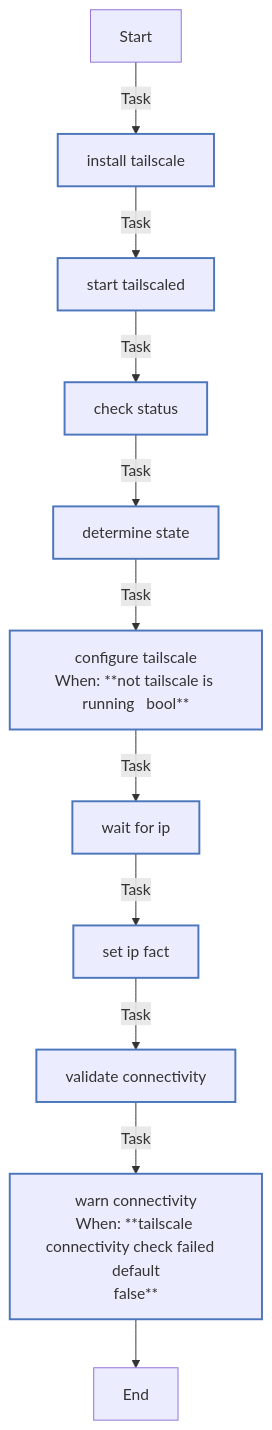
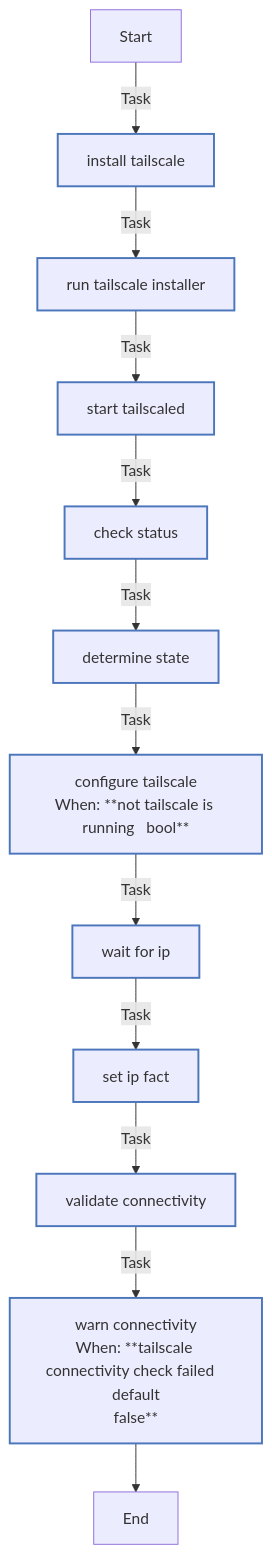
Before and after one commit to rou-cru/k3s-homelab: the diagram in roles/tailscale/README.md, drawn with Mermaid. The commit also changed other lines of this file and 96 other files, not shown here.

````diff
--- a/roles/tailscale/README.md
+++ b/roles/tailscale/README.md
@@ -152,23 +155,24 @@
 ```mermaid
 flowchart TD
 Start
 classDef block stroke:#3498db,stroke-width:2px;
 classDef task stroke:#4b76bb,stroke-width:2px;
 classDef includeTasks stroke:#16a085,stroke-width:2px;
 classDef importTasks stroke:#34495e,stroke-width:2px;
 classDef includeRole stroke:#2980b9,stroke-width:2px;
 classDef importRole stroke:#699ba7,stroke-width:2px;
 classDef includeVars stroke:#8e44ad,stroke-width:2px;
 classDef rescue stroke:#665352,stroke-width:2px;
 
   Start-->|Task| Install_Tailscale0[install tailscale]:::task
-  Install_Tailscale0-->|Task| Start_tailscaled1[start tailscaled]:::task
-  Start_tailscaled1-->|Task| Check_status2[check status]:::task
-  Check_status2-->|Task| Determine_state3[determine state]:::task
-  Determine_state3-->|Task| Configure_Tailscale4[configure tailscale<br>When: **not tailscale is running   bool**]:::task
-  Configure_Tailscale4-->|Task| Wait_for_IP5[wait for ip]:::task
-  Wait_for_IP5-->|Task| Set_IP_fact6[set ip fact]:::task
-  Set_IP_fact6-->|Task| Validate_connectivity7[validate connectivity]:::task
-  Validate_connectivity7-->|Task| Warn_connectivity8[warn connectivity<br>When: **tailscale connectivity check failed   default<br>false**]:::task
-  Warn_connectivity8-->End
+  Install_Tailscale0-->|Task| Run_Tailscale_installer1[run tailscale installer]:::task
+  Run_Tailscale_installer1-->|Task| Start_tailscaled2[start tailscaled]:::task
+  Start_tailscaled2-->|Task| Check_status3[check status]:::task
+  Check_status3-->|Task| Determine_state4[determine state]:::task
+  Determine_state4-->|Task| Configure_Tailscale5[configure tailscale<br>When: **not tailscale is running   bool**]:::task
+  Configure_Tailscale5-->|Task| Wait_for_IP6[wait for ip]:::task
+  Wait_for_IP6-->|Task| Set_IP_fact7[set ip fact]:::task
+  Set_IP_fact7-->|Task| Validate_connectivity8[validate connectivity]:::task
+  Validate_connectivity8-->|Task| Warn_connectivity9[warn connectivity<br>When: **tailscale connectivity check failed   default<br>false**]:::task
+  Warn_connectivity9-->End
 ```
````
